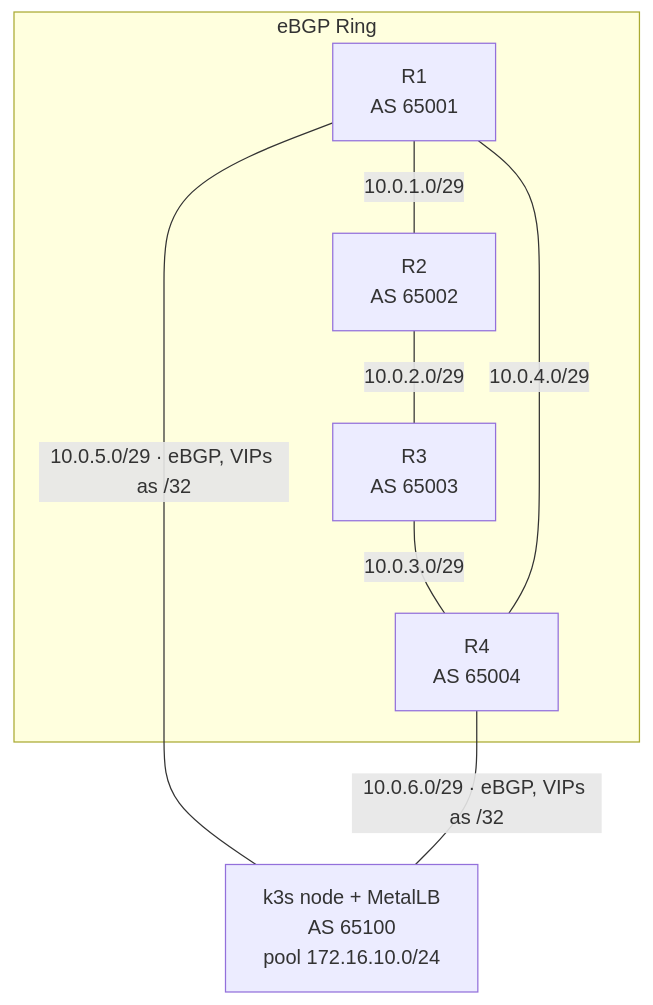
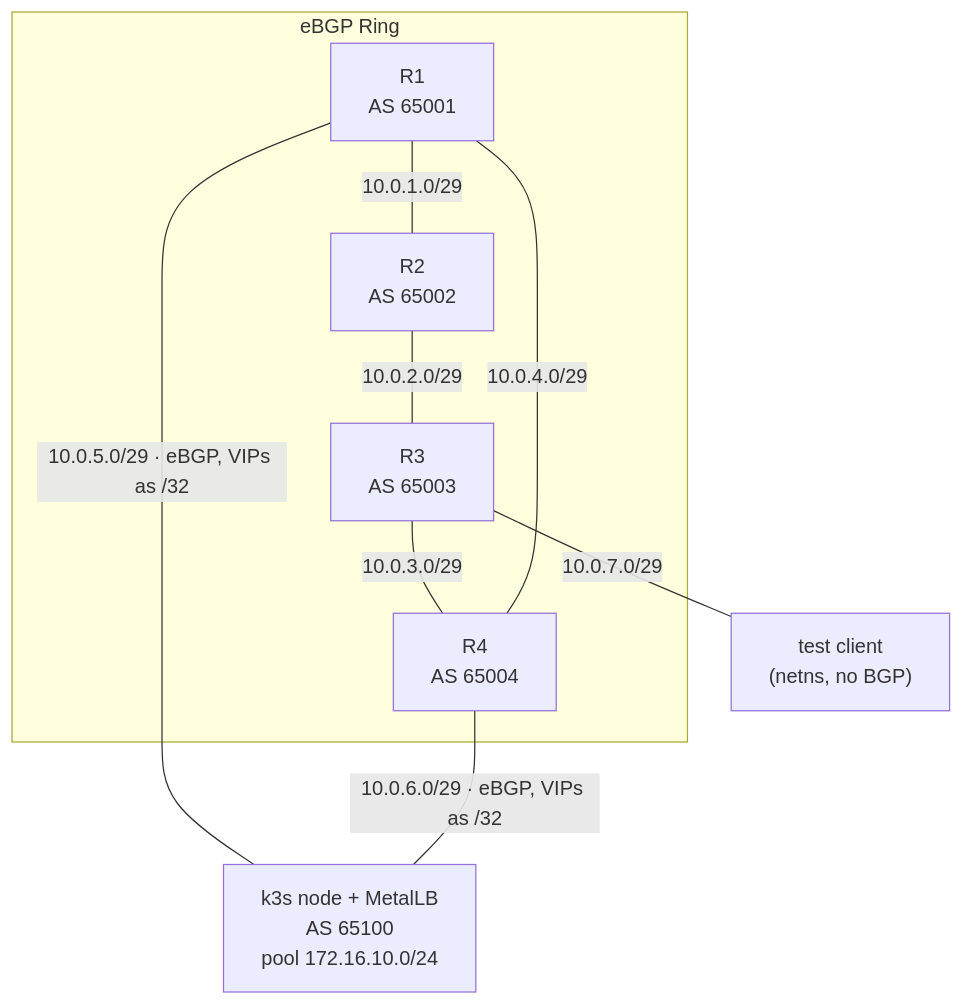
One commit to cismembrane/gns3-labs changed the diagram in k8s-metallb-bgp/README.md. Above: the diagram before and after it, drawn with Mermaid. The commit also changed other lines of this file and 8 other files, not shown here.

First line of the commit message:
add client netns behind r3 so data-plane tests cross the ring

````diff
--- a/k8s-metallb-bgp/README.md
+++ b/k8s-metallb-bgp/README.md
@@ -23,17 +23,20 @@
 ```mermaid
 graph TD
     subgraph Ring["eBGP Ring"]
         R1["R1<br/>AS 65001"]
         R2["R2<br/>AS 65002"]
         R3["R3<br/>AS 65003"]
         R4["R4<br/>AS 65004"]
         R1 ---|10.0.1.0/29| R2
         R2 ---|10.0.2.0/29| R3
         R3 ---|10.0.3.0/29| R4
         R4 ---|10.0.4.0/29| R1
     end
 
     K3S["k3s node + MetalLB<br/>AS 65100<br/>pool 172.16.10.0/24"]
     R1 ---|"10.0.5.0/29 · eBGP, VIPs as /32"| K3S
     R4 ---|"10.0.6.0/29 · eBGP, VIPs as /32"| K3S
+
+    CLIENT["test client<br/>(netns, no BGP)"]
+    R3 ---|10.0.7.0/29| CLIENT
 ```
````
